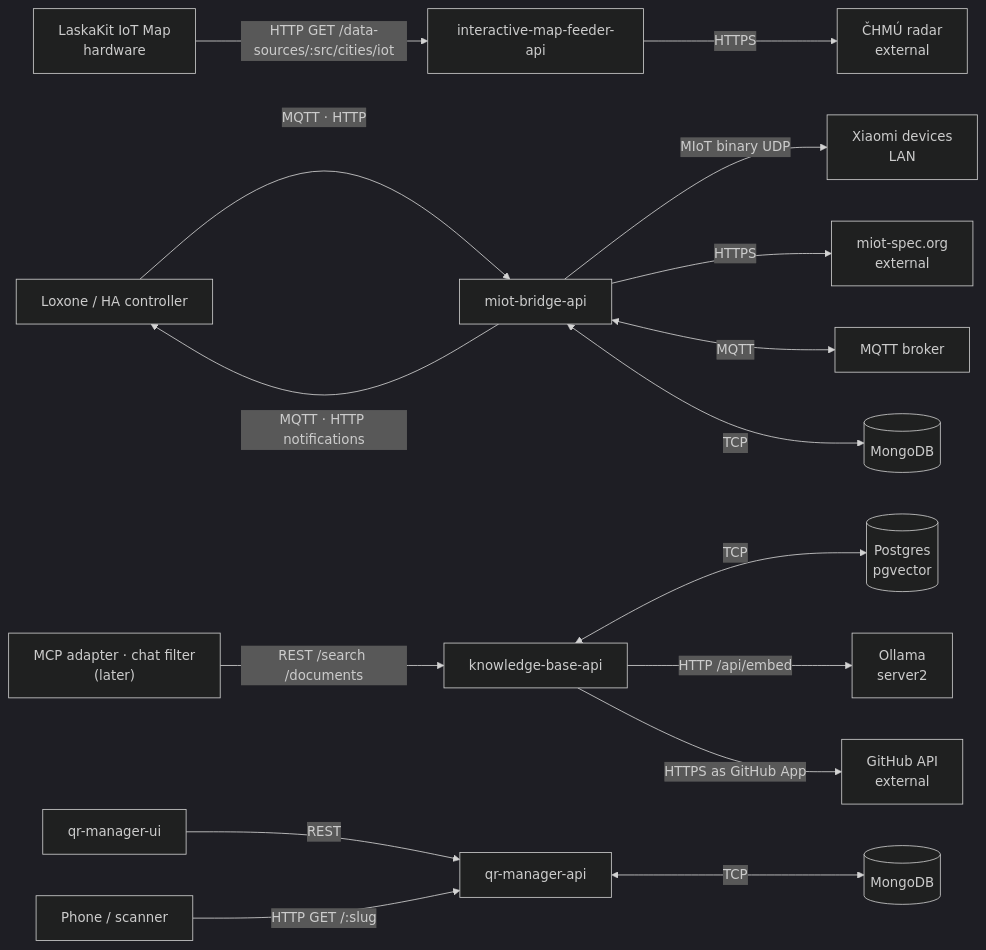
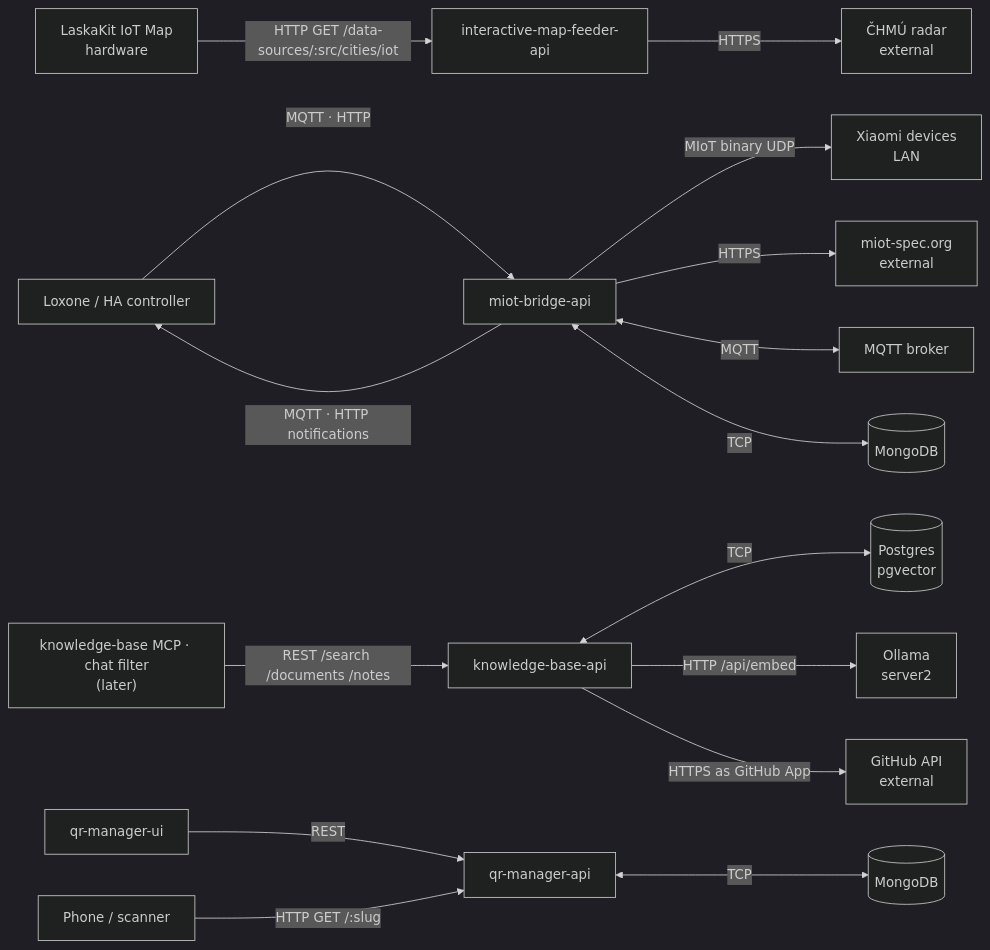
The diagram in docs/KNOWLEDGE.md (radoslavirha/homelab-apps), drawn with Mermaid (dark theme) before and after one commit. The commit also changed other lines of this file and 62 other files, not shown here.

First line of the commit message:
feat(knowledge-base-api): write routes for notes and specs

````diff
--- a/docs/KNOWLEDGE.md
+++ b/docs/KNOWLEDGE.md
@@ -165,21 +165,21 @@
 ```mermaid
 graph LR
     LaskaKit["LaskaKit IoT Map\nhardware"] -->|HTTP GET /data-sources/:src/cities/iot| IMA["interactive-map-feeder-api"]
     IMA -->|HTTPS| CHMI["ČHMÚ radar\nexternal"]
 
     HA["Loxone / HA controller"] -->|MQTT · HTTP| MBA["miot-bridge-api"]
     MBA -->|MIoT binary UDP| Xiaomi["Xiaomi devices\nLAN"]
     MBA -->|HTTPS| MiotSpec["miot-spec.org\nexternal"]
     MBA <-->|MQTT| MQTTBroker["MQTT broker"]
     MBA <-->|TCP| MongoDB1[("MongoDB")]
     MBA -->|MQTT · HTTP notifications| HA
 
-    Caller["MCP adapter · chat filter\n(later)"] -->|REST /search /documents| KBA["knowledge-base-api"]
+    Caller["knowledge-base MCP · chat filter\n(later)"] -->|REST /search /documents /notes| KBA["knowledge-base-api"]
     KBA <-->|TCP| Postgres[("Postgres\npgvector")]
     KBA -->|HTTP /api/embed| Ollama["Ollama\nserver2"]
     KBA -->|HTTPS as GitHub App| GitHub["GitHub API\nexternal"]
 
     QRU["qr-manager-ui"] -->|REST| QRA["qr-manager-api"]
     Phone["Phone / scanner"] -->|HTTP GET /:slug| QRA
     QRA <-->|TCP| MongoDB2[("MongoDB")]
 ```
````
